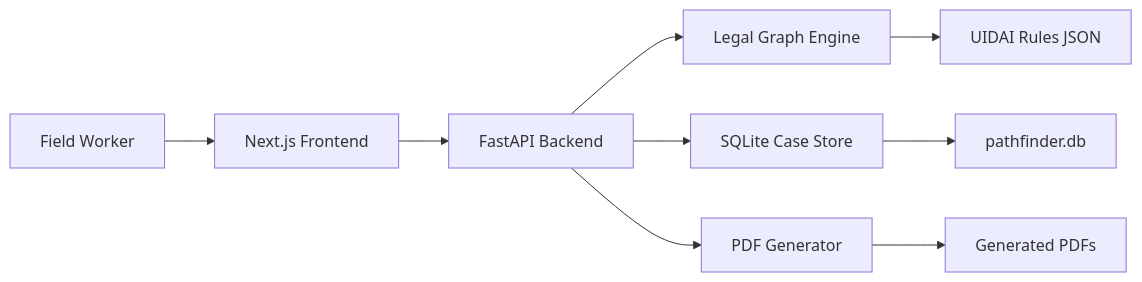
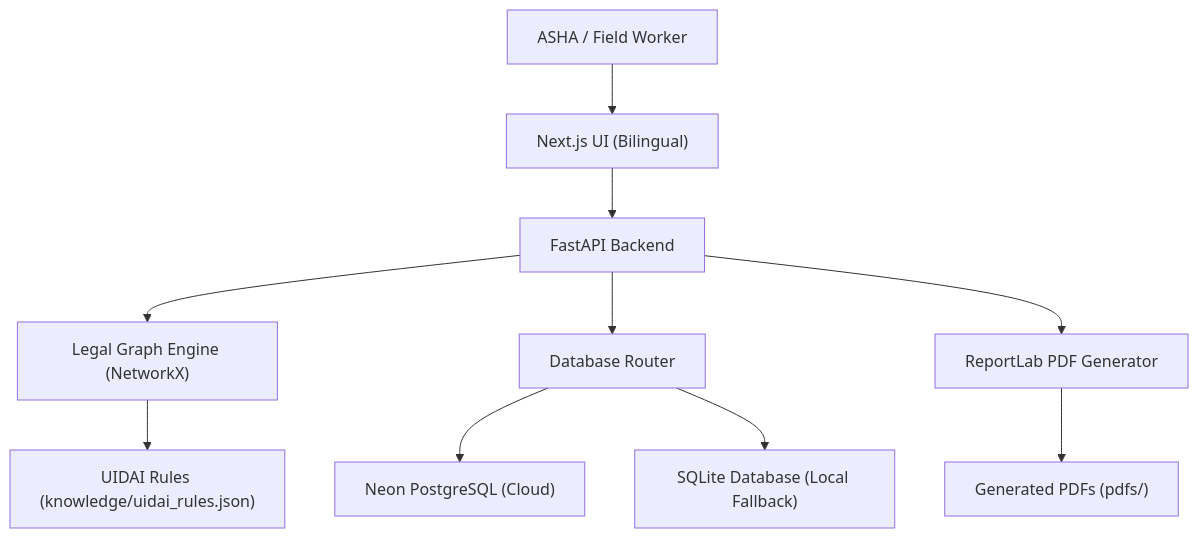
Before and after one commit to Devansh-Bansal-AI/pathfinder-aadhaar-inclusion: the diagram in README.md, drawn with Mermaid. The commit also changed other lines of this file, not shown here.

Commit message:
docs: polish README to be concise, updated with Neon DB and Bilingual details

````diff
--- a/README.md
+++ b/README.md
@@ -129,11 +40,12 @@
 ```mermaid
-flowchart LR
-  Worker["Field Worker"] --> Frontend["Next.js Frontend"]
+flowchart TD
+  Worker["ASHA / Field Worker"] --> Frontend["Next.js UI (Bilingual)"]
   Frontend --> API["FastAPI Backend"]
-  API --> Engine["Legal Graph Engine"]
-  API --> Store["SQLite Case Store"]
-  API --> PDF["PDF Generator"]
-  Engine --> Rules["UIDAI Rules JSON"]
-  Store --> DB["pathfinder.db"]
-  PDF --> Files["Generated PDFs"]
+  API --> Engine["Legal Graph Engine (NetworkX)"]
+  API --> DBRouter["Database Router"]
+  DBRouter --> Neon["Neon PostgreSQL (Cloud)"]
+  DBRouter --> SQLite["SQLite Database (Local Fallback)"]
+  API --> PDF["ReportLab PDF Generator"]
+  Engine --> Rules["UIDAI Rules (knowledge/uidai_rules.json)"]
+  PDF --> Files["Generated PDFs (pdfs/)"]
 ```
````
